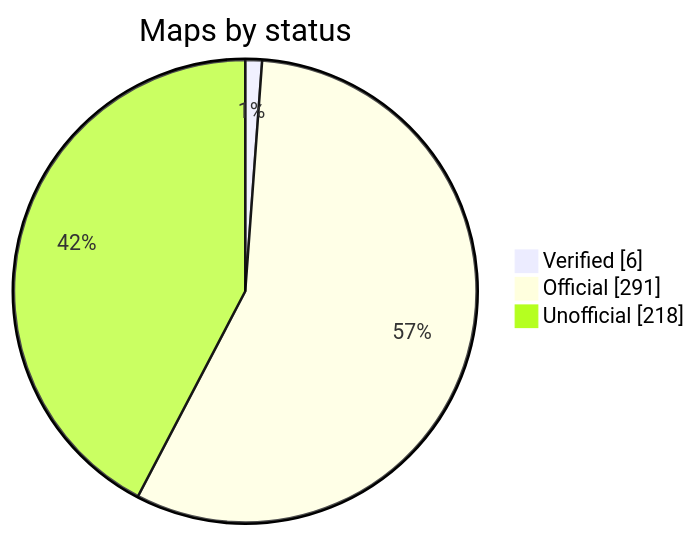
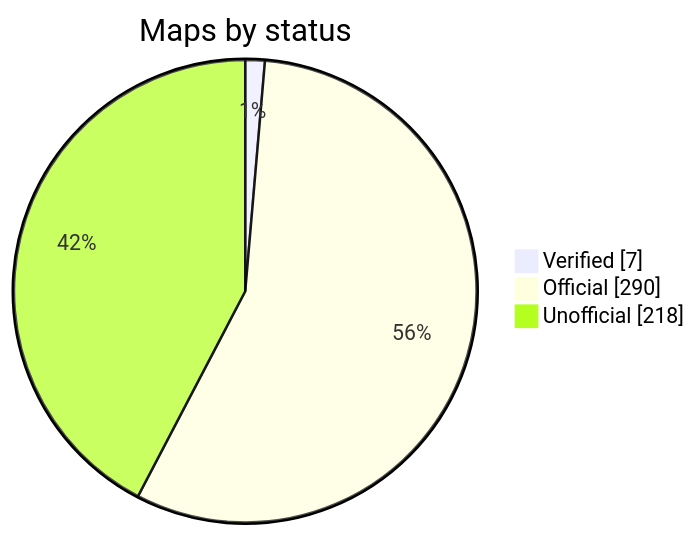
Before and after one commit to nobrega8/mbmap-library: the diagram in README.md, drawn with Mermaid. The commit also changed 2 other files, not shown here.

Commit message:
Mark the Electools EXM-3112 map as verified
Tested on an EXM-3112 with firmware V1.00 (hardware v1.0). The test answers the questions the document left open: holding register 128 is read-only, the serial format codes are 0-3 (8N1, 8N2, 8E1, 8O1), and the channel count register packs the DI, DO, AI and AO counts in four nibbles.

Closes #139. Closes #114.

````diff
--- a/README.md
+++ b/README.md
@@ -50,7 +50,7 @@
 ```mermaid
 pie showData
     title Maps by status
-    "Verified" : 6
-    "Official" : 291
+    "Verified" : 7
+    "Official" : 290
     "Unofficial" : 218
 ```
````
